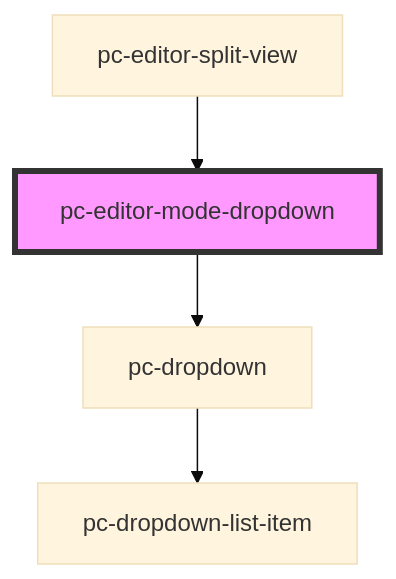
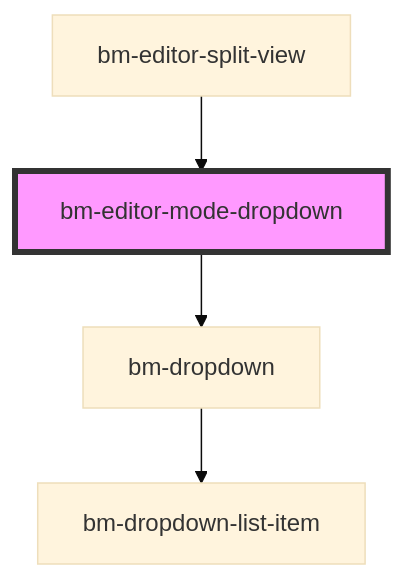
One commit to bettermusic/studio changed the diagram in packages/studio/src/components/editor-mode-dropdown/readme.md. Above: the diagram before and after it, drawn with Mermaid (base theme). The commit also changed other lines of this file and 38 other files, not shown here.

````diff
--- a/packages/studio/src/components/editor-mode-dropdown/readme.md
+++ b/packages/studio/src/components/editor-mode-dropdown/readme.md
@@ -19,7 +19,7 @@
 ```mermaid
 graph TD;
-  pc-editor-mode-dropdown --> pc-dropdown
-  pc-dropdown --> pc-dropdown-list-item
-  pc-editor-split-view --> pc-editor-mode-dropdown
-  style pc-editor-mode-dropdown fill:#f9f,stroke:#333,stroke-width:4px
+  bm-editor-mode-dropdown --> bm-dropdown
+  bm-dropdown --> bm-dropdown-list-item
+  bm-editor-split-view --> bm-editor-mode-dropdown
+  style bm-editor-mode-dropdown fill:#f9f,stroke:#333,stroke-width:4px
 ```
````
